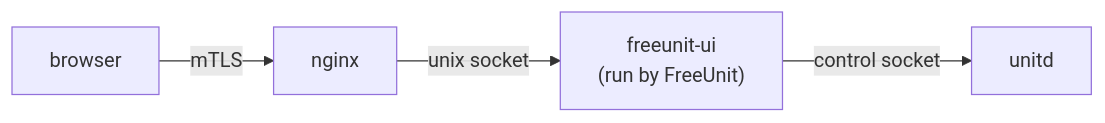
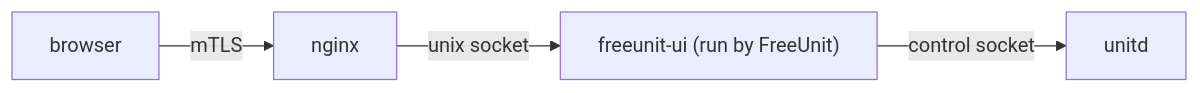
The diagram in README.md (nxmyoz/freeunit-ui), drawn with Mermaid before and after one commit.

Commit message:
Drop the <br/> in the deployment diagram's node label
Rendered blank on GitHub's mermaid viewer despite being valid syntax
against a plain mermaid.js instance - the embedded HTML tag is the
one part of the diagram that isn't plain text, and the likeliest
thing GitHub's own sanitizer handles differently. Flattened to a
single-line label rather than guess at an HTML-safe alternative.

````diff
--- a/README.md
+++ b/README.md
@@ -170,6 +170,6 @@
 ```mermaid
 flowchart LR
     A["browser"] -- mTLS --> B["nginx"]
-    B -- unix socket --> C["freeunit-ui<br/>(run by FreeUnit)"]
+    B -- unix socket --> C["freeunit-ui (run by FreeUnit)"]
     C -- control socket --> D["unitd"]
 ```
````
